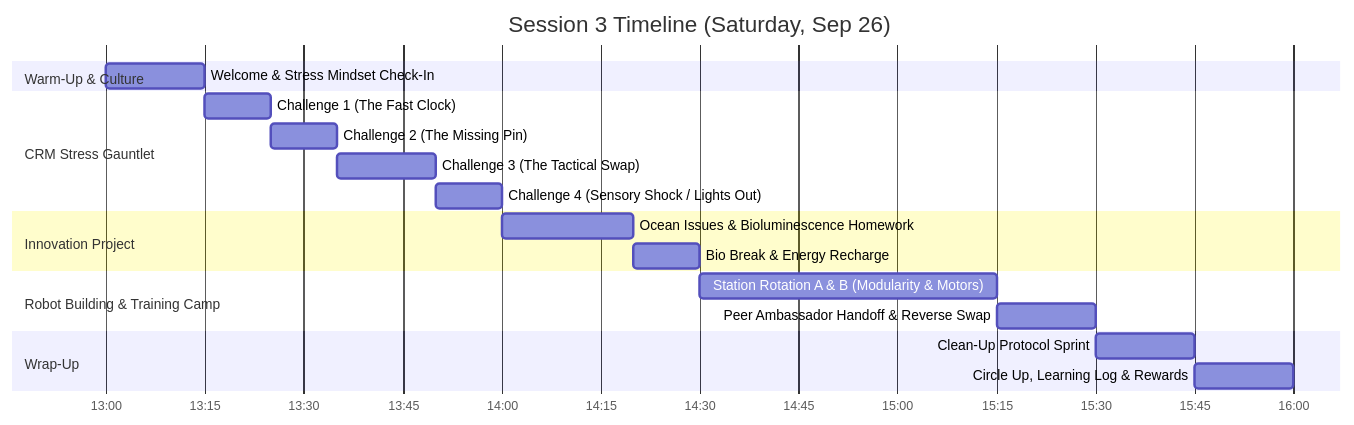
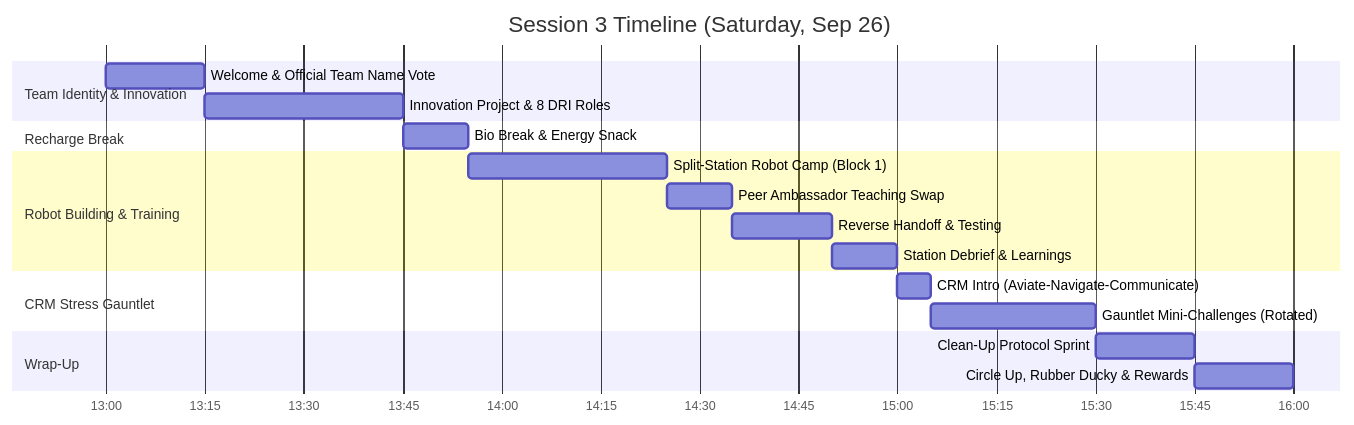
The first of 3 diagrams in doc/mentors/plan/2026-sept-26.md (jaimeyu/FLL_76265_2026_BIOGLOW), drawn with Mermaid before and after one commit. The commit also changed other lines of this file and 6 other files, not shown here.

````diff
--- a/doc/mentors/plan/2026-sept-26.md
+++ b/doc/mentors/plan/2026-sept-26.md
@@ -56,27 +56,27 @@
 ```mermaid
 gantt
     title Session 3 Timeline (Saturday, Sep 26)
     dateFormat HH:mm
     axisFormat %H:%M
 
-    section Warm-Up & Culture
-    Welcome & Stress Mindset Check-In   : 13:00, 15m
+    section Team Identity & Innovation
+    Welcome & Official Team Name Vote   : 13:00, 15m
+    Innovation Project & 8 DRI Roles    : 13:15, 30m
+
+    section Recharge Break
+    Bio Break & Energy Snack            : 13:45, 10m
+
+    section Robot Building & Training
+    Split-Station Robot Camp (Block 1)  : 13:55, 30m
+    Peer Ambassador Teaching Swap       : 14:25, 10m
+    Reverse Handoff & Testing           : 14:35, 15m
+    Station Debrief & Learnings         : 14:50, 10m
 
     section CRM Stress Gauntlet
-    Challenge 1 (The Fast Clock)       : 13:15, 10m
-    Challenge 2 (The Missing Pin)      : 13:25, 10m
-    Challenge 3 (The Tactical Swap)    : 13:35, 15m
-    Challenge 4 (Sensory Shock / Lights Out) : 13:50, 10m
-
-    section Innovation Project
-    Ocean Issues & Bioluminescence Homework : 14:00, 20m
-    Bio Break & Energy Recharge        : 14:20, 10m
-
-    section Robot Building & Training Camp
-    Station Rotation A & B (Modularity & Motors) : 14:30, 45m
-    Peer Ambassador Handoff & Reverse Swap : 15:15, 15m
+    CRM Intro (Aviate-Navigate-Communicate) : 15:00, 05m
+    Gauntlet Mini-Challenges (Rotated)      : 15:05, 25m
 
     section Wrap-Up
-    Clean-Up Protocol Sprint           : 15:30, 15m
-    Circle Up, Learning Log & Rewards  : 15:45, 15m
+    Clean-Up Protocol Sprint            : 15:30, 15m
+    Circle Up, Rubber Ducky & Rewards   : 15:45, 15m
 ```
````
